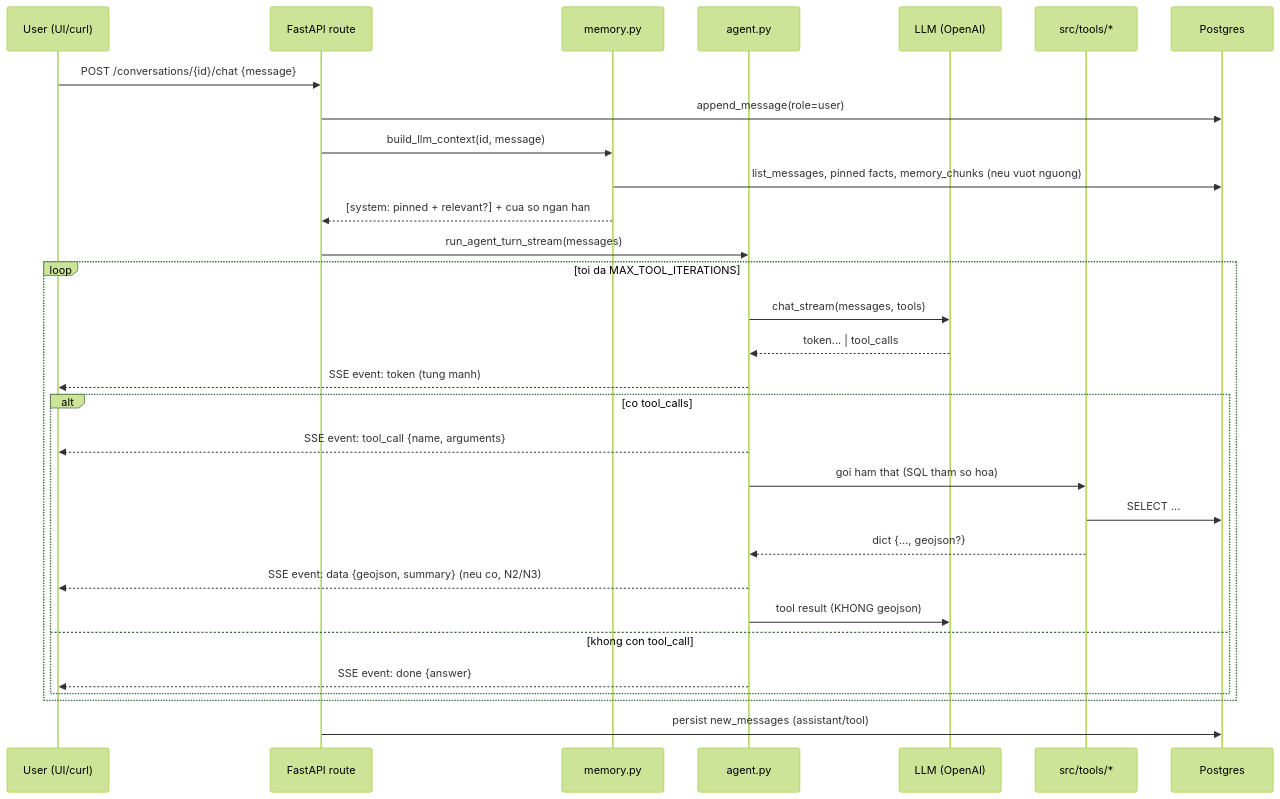
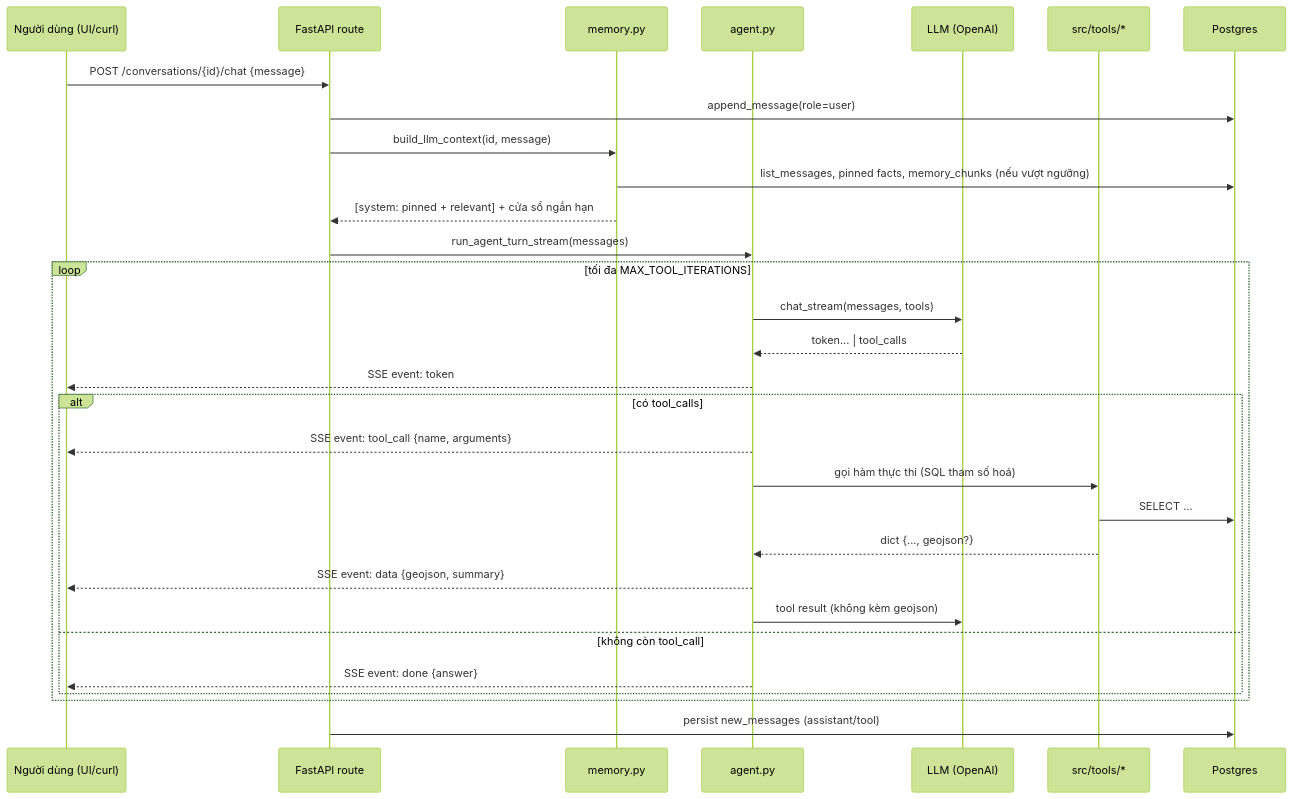
One commit to cong2235/vessel-tracking-chatbot changed the second of 2 diagrams in docs/architecture.md. Above: the diagram before and after it, drawn with Mermaid (forest theme). The commit also changed other lines of this file and 5 other files, not shown here.

````diff
--- a/docs/architecture.md
+++ b/docs/architecture.md
@@ -64,33 +64,33 @@
 ```mermaid
 sequenceDiagram
-    participant U as User (UI/curl)
+    participant U as Người dùng (UI/curl)
     participant API as FastAPI route
     participant Mem as memory.py
     participant Agent as agent.py
     participant LLM as LLM (OpenAI)
     participant Tool as src/tools/*
     participant DB as Postgres
 
     U->>API: POST /conversations/{id}/chat {message}
-    API->>DB: append_message(role=user)  # luu truoc, tranh mat cau hoi neu loi
+    API->>DB: append_message(role=user)
     API->>Mem: build_llm_context(id, message)
-    Mem->>DB: list_messages, pinned facts, memory_chunks (neu vuot nguong)
-    Mem-->>API: [system: pinned + relevant?] + cua so ngan han
+    Mem->>DB: list_messages, pinned facts, memory_chunks (nếu vượt ngưỡng)
+    Mem-->>API: [system: pinned + relevant] + cửa sổ ngắn hạn
     API->>Agent: run_agent_turn_stream(messages)
-    loop toi da MAX_TOOL_ITERATIONS
+    loop tối đa MAX_TOOL_ITERATIONS
         Agent->>LLM: chat_stream(messages, tools)
         LLM-->>Agent: token... | tool_calls
-        Agent-->>U: SSE event: token (tung manh)
-        alt co tool_calls
+        Agent-->>U: SSE event: token
+        alt có tool_calls
             Agent-->>U: SSE event: tool_call {name, arguments}
-            Agent->>Tool: goi ham that (SQL tham so hoa)
+            Agent->>Tool: gọi hàm thực thi (SQL tham số hoá)
             Tool->>DB: SELECT ...
             Tool-->>Agent: dict {..., geojson?}
-            Agent-->>U: SSE event: data {geojson, summary}  (neu co, N2/N3)
-            Agent->>LLM: tool result (KHONG geojson)
-        else khong con tool_call
+            Agent-->>U: SSE event: data {geojson, summary}
+            Agent->>LLM: tool result (không kèm geojson)
+        else không còn tool_call
             Agent-->>U: SSE event: done {answer}
         end
     end
     API->>DB: persist new_messages (assistant/tool)
 ```
````
